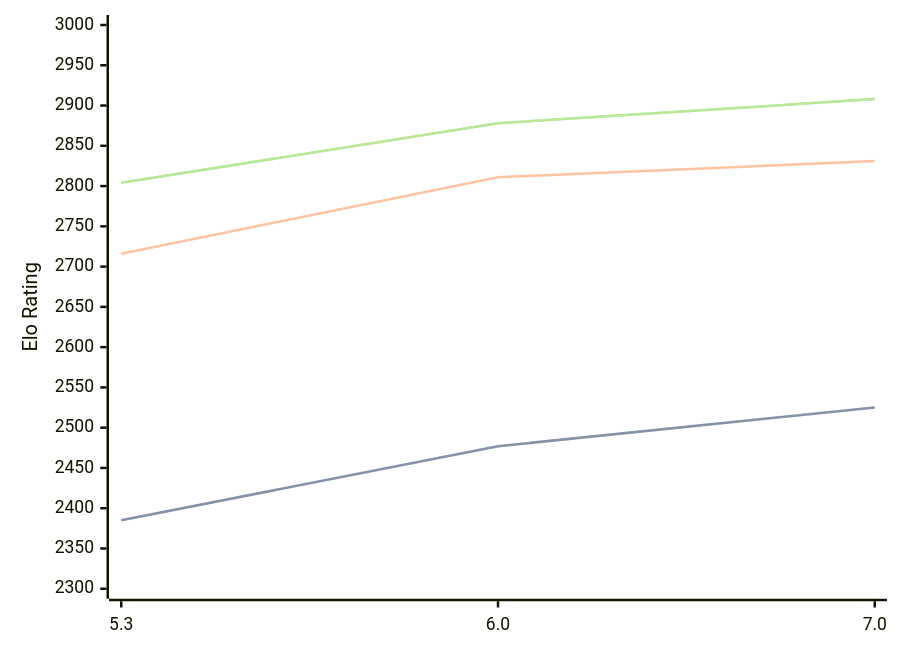
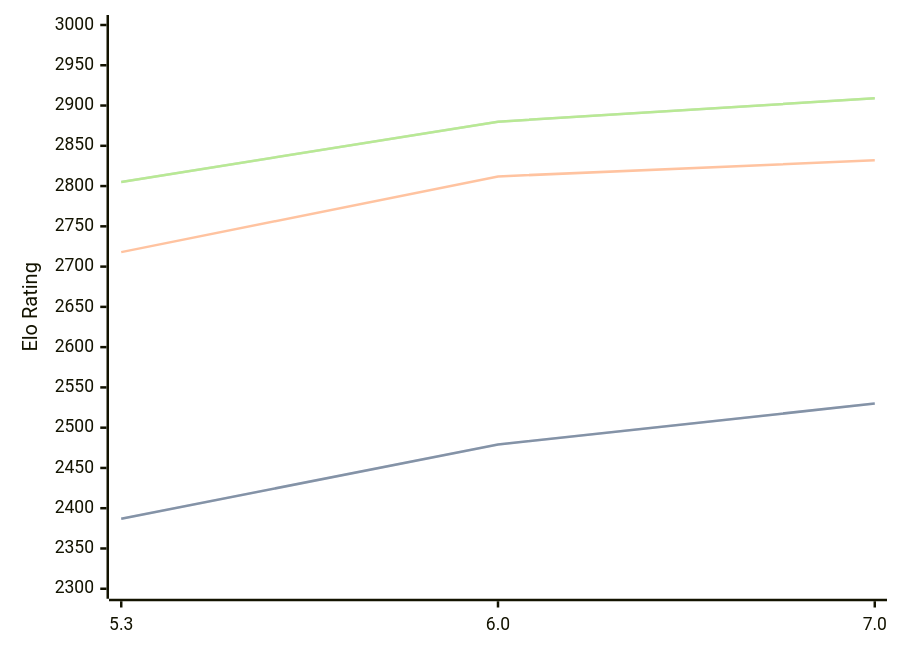
One commit to computer-chess-index/cci changed the diagram in engines/tomitankChess.md. Above: the diagram before and after it, drawn with Mermaid. The commit also changed other lines of this file, not shown here.

Commit message:
Update CCI Ratings (ELO VLTC) - 2026-08-26

````diff
--- a/engines/tomitankChess.md
+++ b/engines/tomitankChess.md
@@ -33,11 +33,11 @@
 ```mermaid
 %%{init: {"theme":"base","themeVariables":{"seriesColors:['#a3a3a3','#222221','#faa371']}}}%%
 xychart-beta
   x-axis ["5.3", "6.0", "7.0"]
   y-axis "Elo Rating" 2300 --> 3000
-  line "STC (8.0+0.08s)" [2385, 2477, 2525]
-  line "STC (8.0+0.08s)" [2385, 2477, 2525]
-  line "LTC (60.0+0.60s)" [2716, 2811, 2831]
-  line "VLTC (2m24s+1.12s)" [2804, 2878, 2908]
-  line "VLTC (2m24s+1.12s)" [2804, 2878, 2908]
+  line "STC (8.0+0.08s)" [2387, 2479, 2530]
+  line "STC (8.0+0.08s)" [2387, 2479, 2530]
+  line "LTC (60.0+0.60s)" [2718, 2812, 2832]
+  line "VLTC (2m24s+1.12s)" [2805, 2880, 2909]
+  line "VLTC (2m24s+1.12s)" [2805, 2880, 2909]
 ```
````
